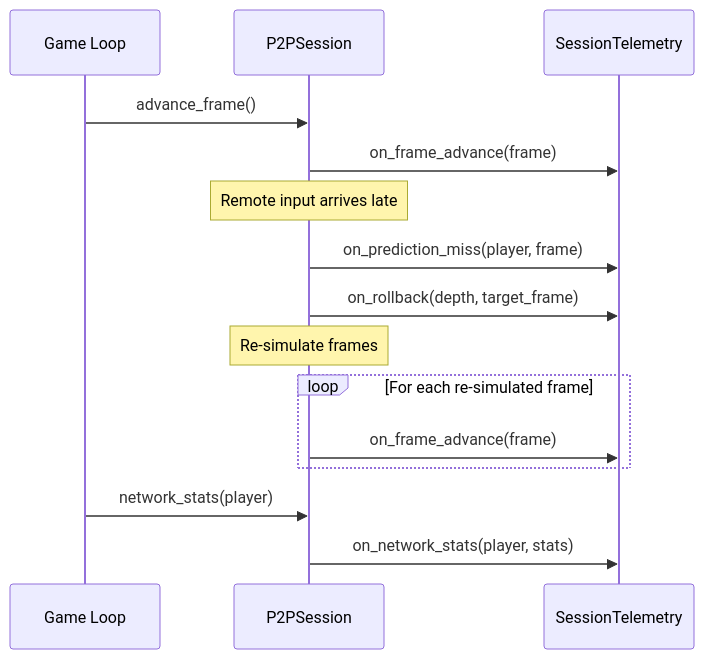
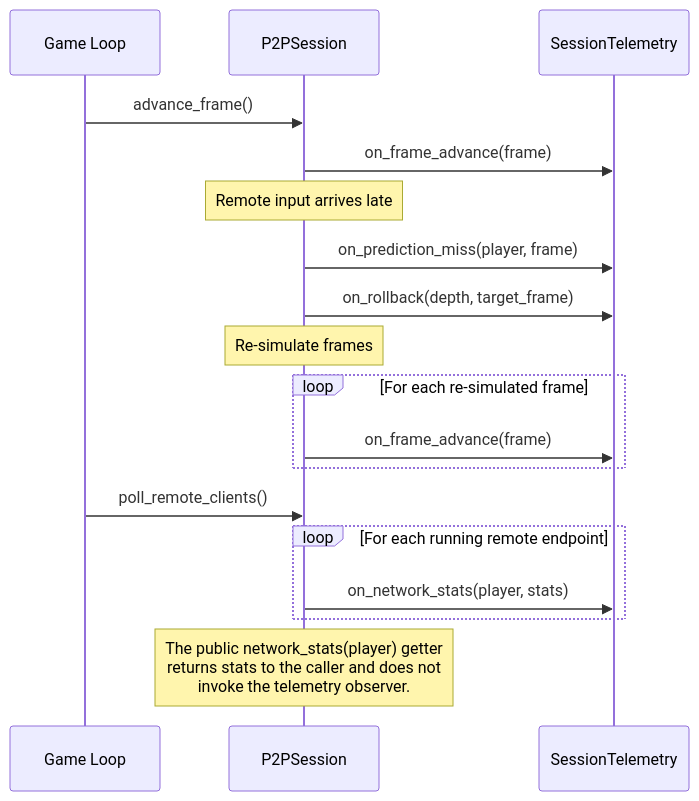
Before and after one commit to wallstop/fortress-rollback: the third of 3 diagrams in docs/telemetry.md, drawn with Mermaid. The commit also changed 43 other files, not shown here.

````diff
--- a/docs/telemetry.md
+++ b/docs/telemetry.md
@@ -287,21 +287,24 @@
 ```mermaid
 sequenceDiagram
     participant Game as Game Loop
     participant Session as P2PSession
     participant Telemetry as SessionTelemetry
 
     Game->>Session: advance_frame()
     Session->>Telemetry: on_frame_advance(frame)
 
     Note over Session: Remote input arrives late
     Session->>Telemetry: on_prediction_miss(player, frame)
     Session->>Telemetry: on_rollback(depth, target_frame)
 
     Note over Session: Re-simulate frames
     loop For each re-simulated frame
         Session->>Telemetry: on_frame_advance(frame)
     end
 
-    Game->>Session: network_stats(player)
-    Session->>Telemetry: on_network_stats(player, stats)
+    Game->>Session: poll_remote_clients()
+    loop For each running remote endpoint
+        Session->>Telemetry: on_network_stats(player, stats)
+    end
+    Note over Session: The public network_stats(player) getter<br/>returns stats to the caller and does not<br/>invoke the telemetry observer.
 ```
````
